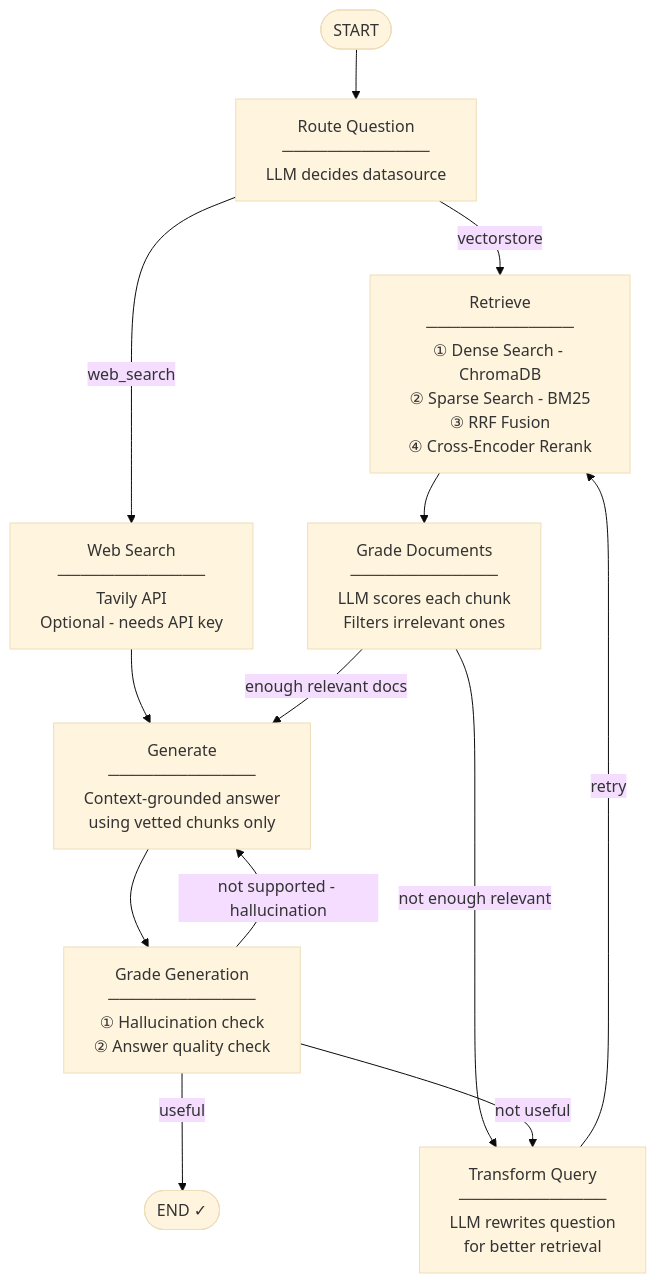
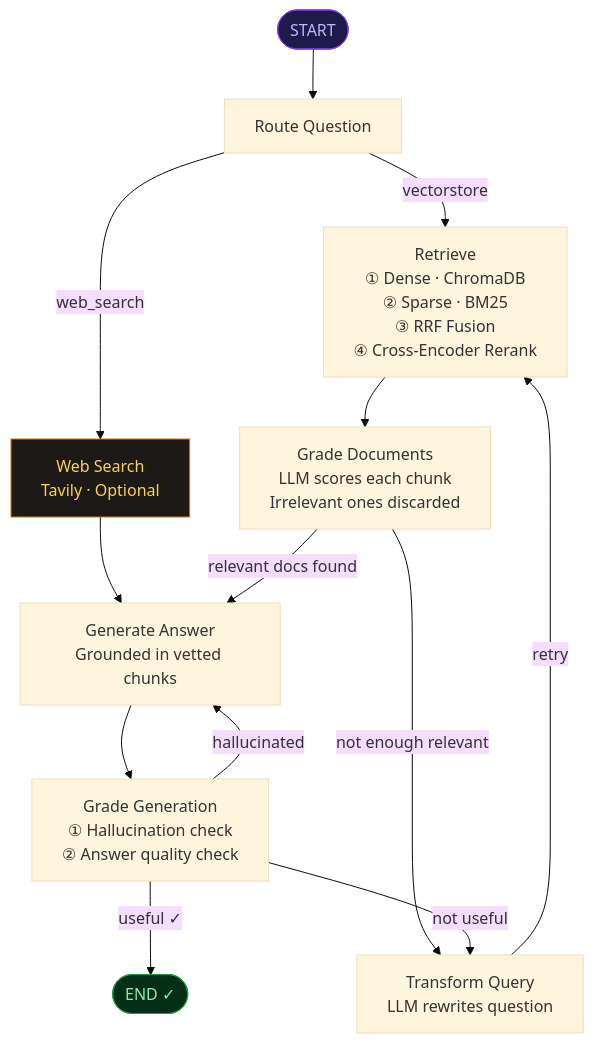
One commit to neo-bumblebee-ai/agentic-rag-langgraph changed the diagram in README.md. Above: the diagram before and after it, drawn with Mermaid (base theme).

Commit message:
fix(docs): fix Mermaid architecture diagram — use <br/> not \n for line breaks
\n was rendering as literal text in GitHub's Mermaid renderer.
Replaced with <br/> which GitHub supports. Also removed separator
lines from node labels and added colour-coded terminal nodes.

````diff
--- a/README.md
+++ b/README.md
@@ -58,21 +58,25 @@
 ```mermaid
 flowchart TD
-    A([START]) --> B[Route Question\n─────────────\nLLM decides datasource]
+    S([START]) --> RQ[Route Question]
 
-    B -->|vectorstore| C[Retrieve\n─────────────\n① Dense Search - ChromaDB\n② Sparse Search - BM25\n③ RRF Fusion\n④ Cross-Encoder Rerank]
-    B -->|web_search| D[Web Search\n─────────────\nTavily API\nOptional - needs API key]
+    RQ -->|vectorstore| RT["Retrieve<br/>① Dense · ChromaDB<br/>② Sparse · BM25<br/>③ RRF Fusion<br/>④ Cross-Encoder Rerank"]
+    RQ -->|web_search| WS["Web Search<br/>Tavily · Optional"]
 
-    C --> E[Grade Documents\n─────────────\nLLM scores each chunk\nFilters irrelevant ones]
-    D --> G
+    RT --> GD["Grade Documents<br/>LLM scores each chunk<br/>Irrelevant ones discarded"]
+    WS --> GEN
 
-    E -->|enough relevant docs| G[Generate\n─────────────\nContext-grounded answer\nusing vetted chunks only]
-    E -->|not enough relevant| F[Transform Query\n─────────────\nLLM rewrites question\nfor better retrieval]
+    GD -->|relevant docs found| GEN["Generate Answer<br/>Grounded in vetted chunks"]
+    GD -->|not enough relevant| TQ["Transform Query<br/>LLM rewrites question"]
 
-    F -->|retry| C
+    TQ -->|retry| RT
 
-    G --> H[Grade Generation\n─────────────\n① Hallucination check\n② Answer quality check]
+    GEN --> GG["Grade Generation<br/>① Hallucination check<br/>② Answer quality check"]
 
-    H -->|useful| I([END ✓])
-    H -->|not supported - hallucination| G
-    H -->|not useful| F
+    GG -->|useful ✓| E([END ✓])
+    GG -->|hallucinated| GEN
+    GG -->|not useful| TQ
+
+    style S fill:#1e1b4b,stroke:#7c3aed,color:#c4b5fd
+    style E fill:#052e16,stroke:#16a34a,color:#86efac
+    style WS fill:#1c1917,stroke:#d97706,color:#fcd34d
 ```
````
